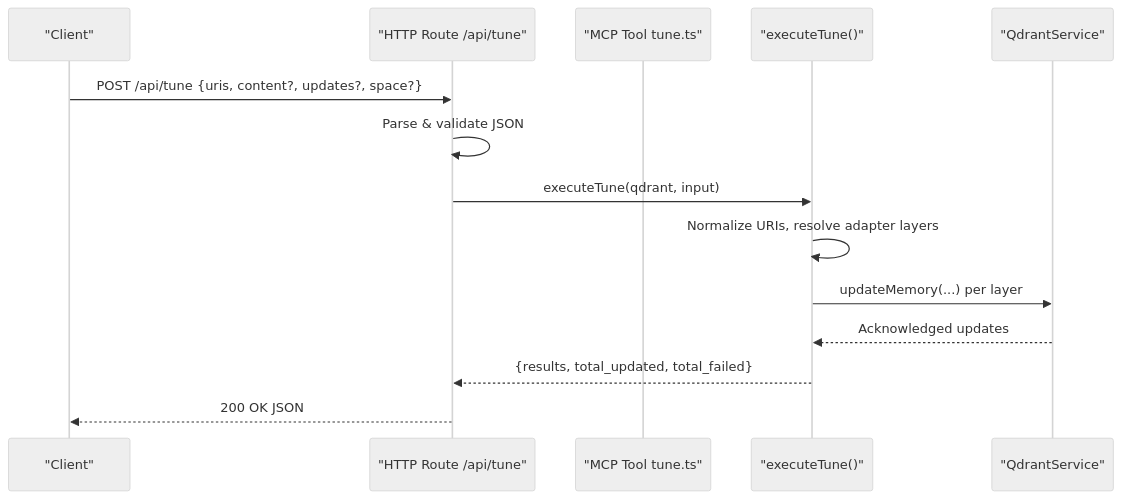
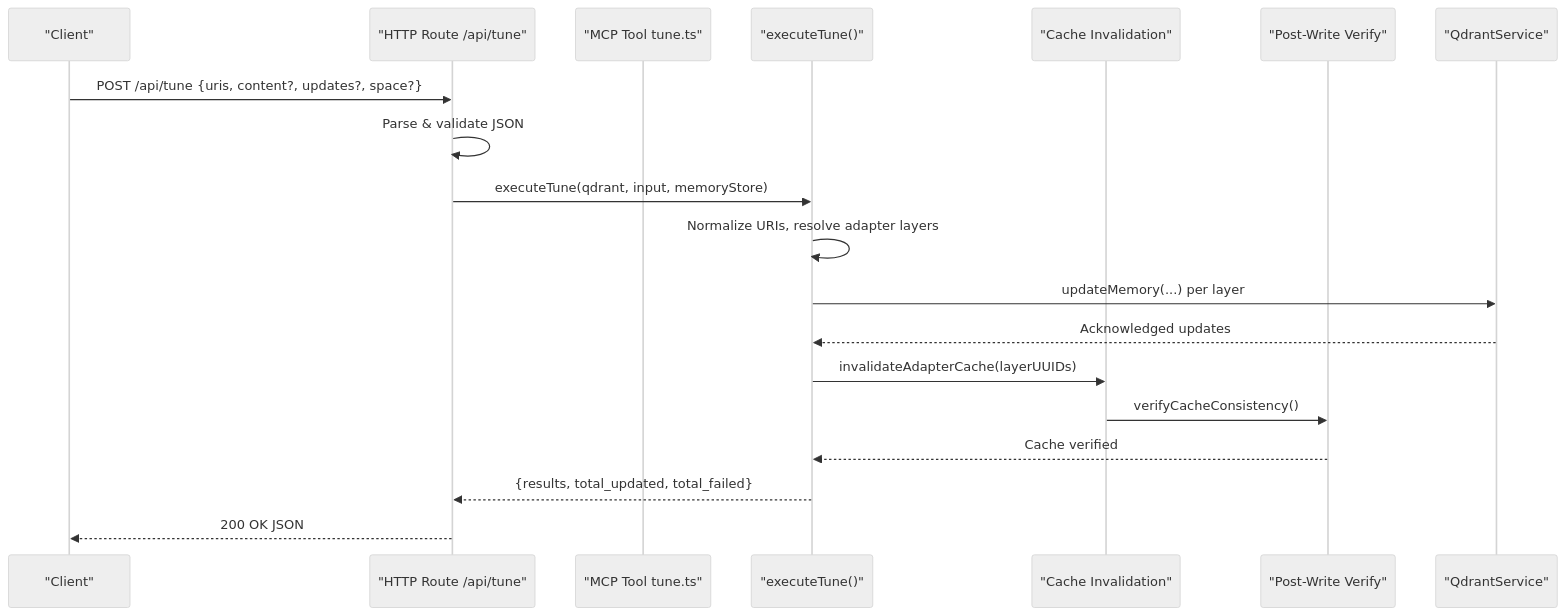
Before and after one commit to debian777/kairos-mcp: the second of 8 diagrams in .qoder/repowiki/en/content/MCP Protocol Tools/Tune Tool.md, drawn with Mermaid (neutral theme). The commit also changed other lines of this file and 16 other files, not shown here.

````diff
--- a/.qoder/repowiki/en/content/MCP Protocol Tools/Tune Tool.md
+++ b/.qoder/repowiki/en/content/MCP Protocol Tools/Tune Tool.md
@@ -113,16 +146,21 @@
 ```mermaid
 sequenceDiagram
 participant Client as "Client"
 participant HTTP as "HTTP Route /api/tune"
 participant Tool as "MCP Tool tune.ts"
 participant Exec as "executeTune()"
+participant CacheInv as "Cache Invalidation"
+participant Verify as "Post-Write Verify"
 participant Qdrant as "QdrantService"
 Client->>HTTP : POST /api/tune {uris, content?, updates?, space?}
 HTTP->>HTTP : Parse & validate JSON
-HTTP->>Exec : executeTune(qdrant, input)
+HTTP->>Exec : executeTune(qdrant, input, memoryStore)
 Exec->>Exec : Normalize URIs, resolve adapter layers
 Exec->>Qdrant : updateMemory(...) per layer
 Qdrant-->>Exec : Acknowledged updates
+Exec->>CacheInv : invalidateAdapterCache(layerUUIDs)
+CacheInv->>Verify : verifyCacheConsistency()
+Verify-->>Exec : Cache verified
 Exec-->>HTTP : {results, total_updated, total_failed}
 HTTP-->>Client : 200 OK JSON
 ```
````
